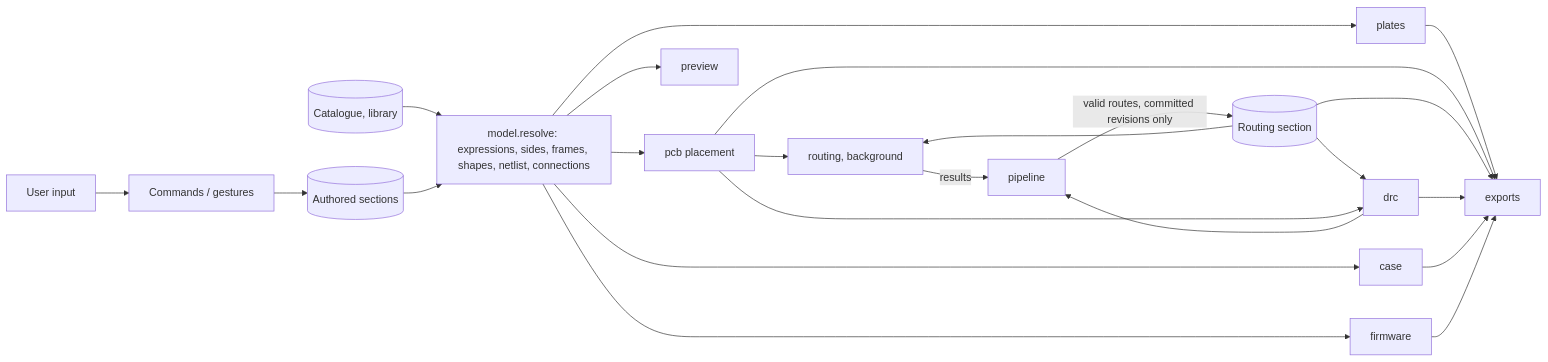
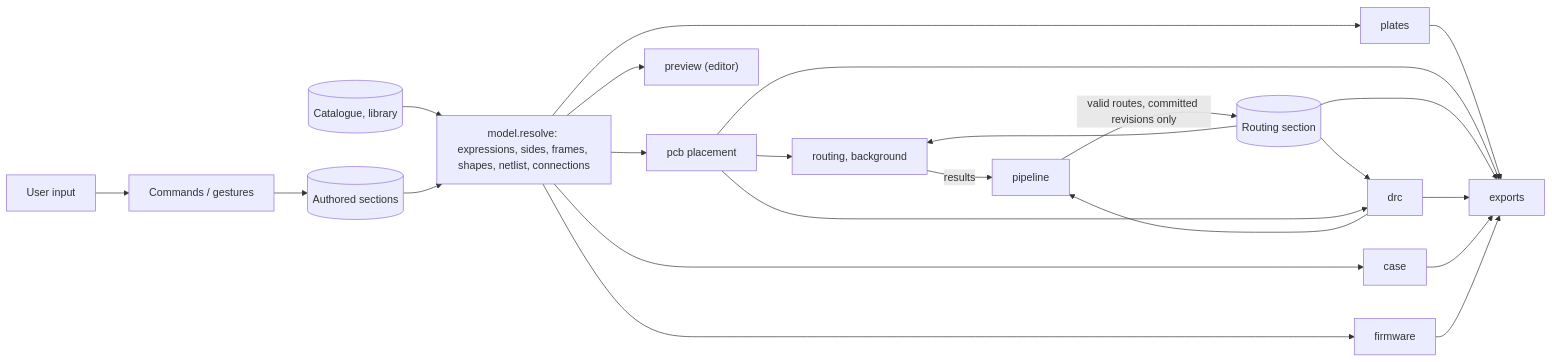
One commit to KeebCAD/keeb-cad changed the first of 3 diagrams in _bmad-output/architecture-keeb-cad-layout-model/architecture-keeb-cad-layout-model.md. Above: the diagram before and after it, drawn with Mermaid. The commit also changed other lines of this file and 1 other file, not shown here.

Commit message:
docs: settle the architecture queue from the UX session

````diff
--- a/_bmad-output/architecture-keeb-cad-layout-model/architecture-keeb-cad-layout-model.md
+++ b/_bmad-output/architecture-keeb-cad-layout-model/architecture-keeb-cad-layout-model.md
@@ -106,15 +112,16 @@
 ```mermaid
 graph LR
   U[User input] --> C[Commands / gestures]
   C --> A[(Authored sections)]
   CAT[(Catalogue, library)] --> R
   A --> R["model.resolve: expressions, sides, frames, shapes, netlist, connections"]
-  R --> PL[plates] & PC[pcb placement] & CS[case] & FW[firmware] & PV[preview]
+  R --> PL[plates] & PC[pcb placement] & CS[case] & FW[firmware]
+  R --> PV["preview (editor)"]
   PC --> RT[routing, background]
   RS[(Routing section)] --> RT & DR
   PC --> DR[drc]
   RT -->|results| P[pipeline]
   DR --> P
   P -->|valid routes, committed revisions only| RS
   PL & PC & RS & DR & CS & FW --> EX[exports]
 ```
````
